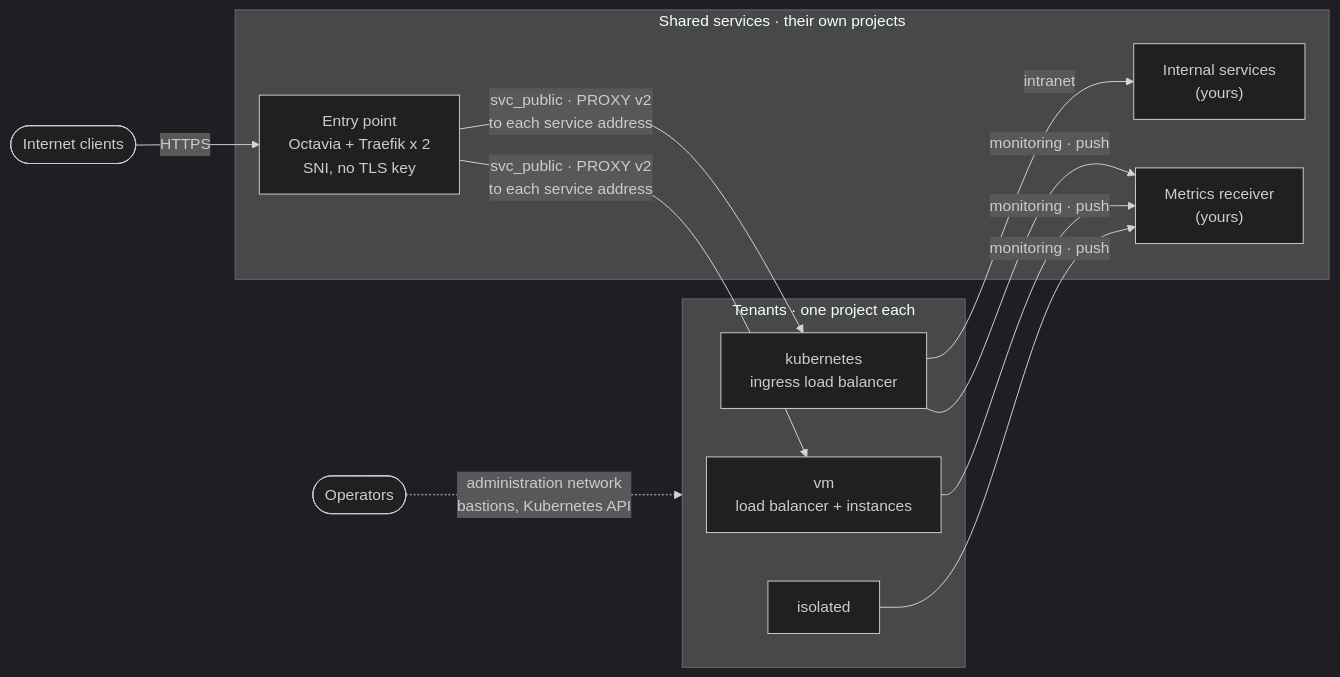
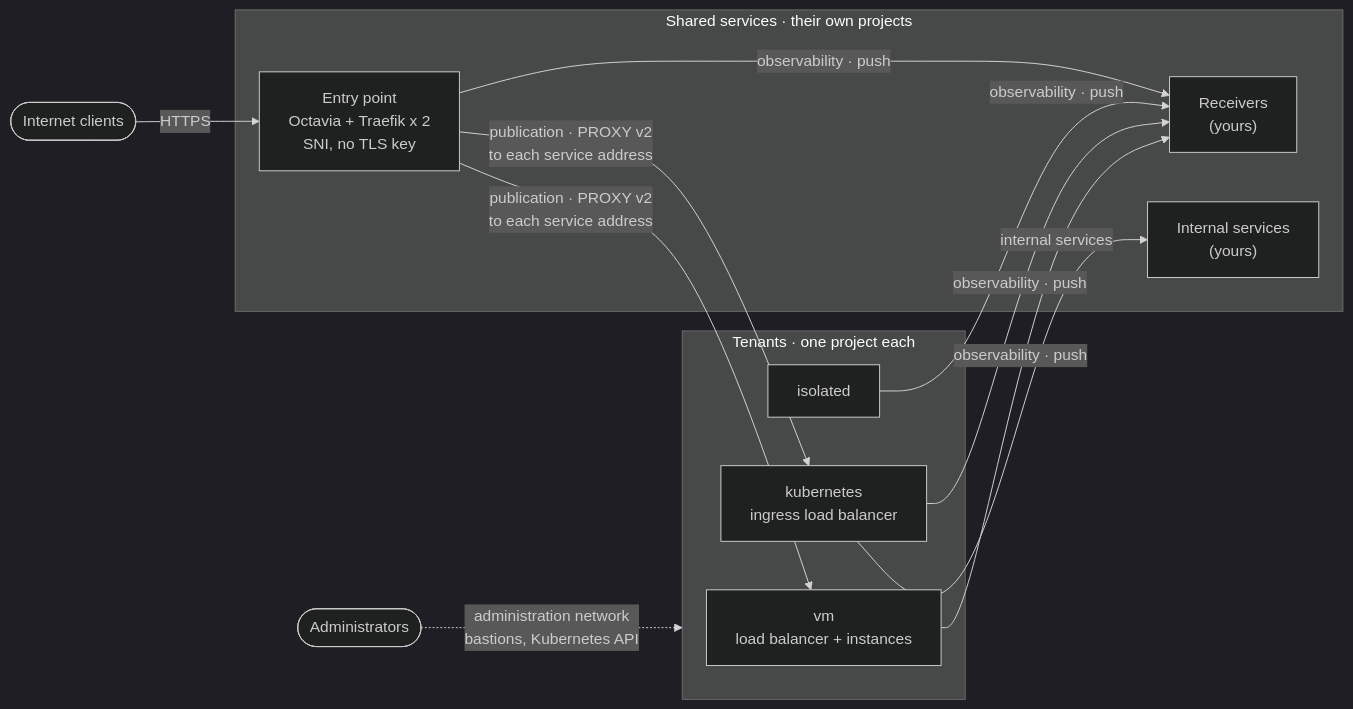
The first of 10 diagrams in docs/concepts/architecture.md (CyprisTech/openstack-multitenant-reference), drawn with Mermaid (dark theme) before and after one commit. The commit also changed other lines of this file and 45 other files, not shown here.

````diff
--- a/docs/concepts/architecture.md
+++ b/docs/concepts/architecture.md
@@ -17,20 +17,20 @@
 ```mermaid
 flowchart LR
     U(["Internet clients"])
-    OPS(["Operators"])
+    ADM(["Administrators"])
     subgraph SHARED["Shared services · their own projects"]
         EP["Entry point<br/>Octavia + Traefik x 2<br/>SNI, no TLS key"]
-        RCV["Metrics receiver<br/>(yours)"]
+        RCV["Receivers<br/>(yours)"]
         SVC["Internal services<br/>(yours)"]
     end
     subgraph TENANTS["Tenants · one project each"]
         W["vm<br/>load balancer + instances"]
         K["kubernetes<br/>ingress load balancer"]
         I["isolated"]
     end
     U -->|"HTTPS"| EP
-    EP -->|"svc_public · PROXY v2<br/>to each service address"| W & K
-    W & K & I -->|"monitoring · push"| RCV
-    K -->|"intranet"| SVC
-    OPS -.->|"administration network<br/>bastions, Kubernetes API"| TENANTS
+    EP -->|"publication · PROXY v2<br/>to each service address"| W & K
+    W & K & I & EP -->|"observability · push"| RCV
+    K -->|"internal services"| SVC
+    ADM -.->|"administration network<br/>bastions, Kubernetes API"| TENANTS
 ```
````
